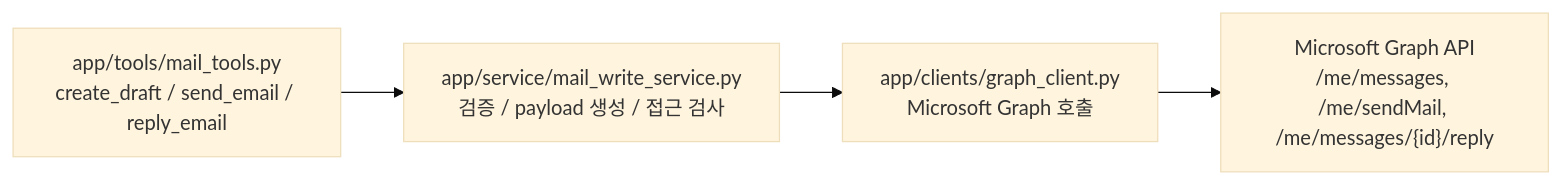
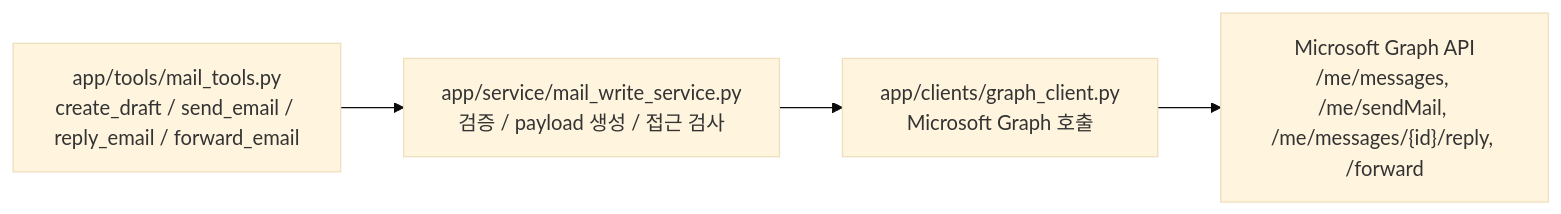
One commit to leodev901/mcp-mail changed the diagram in docs/MAIL_WRITE_GUIDE.md. Above: the diagram before and after it, drawn with Mermaid (base theme). The commit also changed other lines of this file and 4 other files, not shown here.

Commit message:
feat: mail forward 도구 추가

````diff
--- a/docs/MAIL_WRITE_GUIDE.md
+++ b/docs/MAIL_WRITE_GUIDE.md
@@ -10,11 +10,11 @@
 ```mermaid
 flowchart LR
-    Tool["app/tools/mail_tools.py<br/>create_draft / send_email / reply_email"]
+    Tool["app/tools/mail_tools.py<br/>create_draft / send_email / reply_email / forward_email"]
     Service["app/service/mail_write_service.py<br/>검증 / payload 생성 / 접근 검사"]
     GraphClient["app/clients/graph_client.py<br/>Microsoft Graph 호출"]
-    Graph["Microsoft Graph API<br/>/me/messages, /me/sendMail, /me/messages/{id}/reply"]
+    Graph["Microsoft Graph API<br/>/me/messages, /me/sendMail, /me/messages/{id}/reply, /forward"]
 
     Tool --> Service
     Service --> GraphClient
     GraphClient --> Graph
 ```
````
